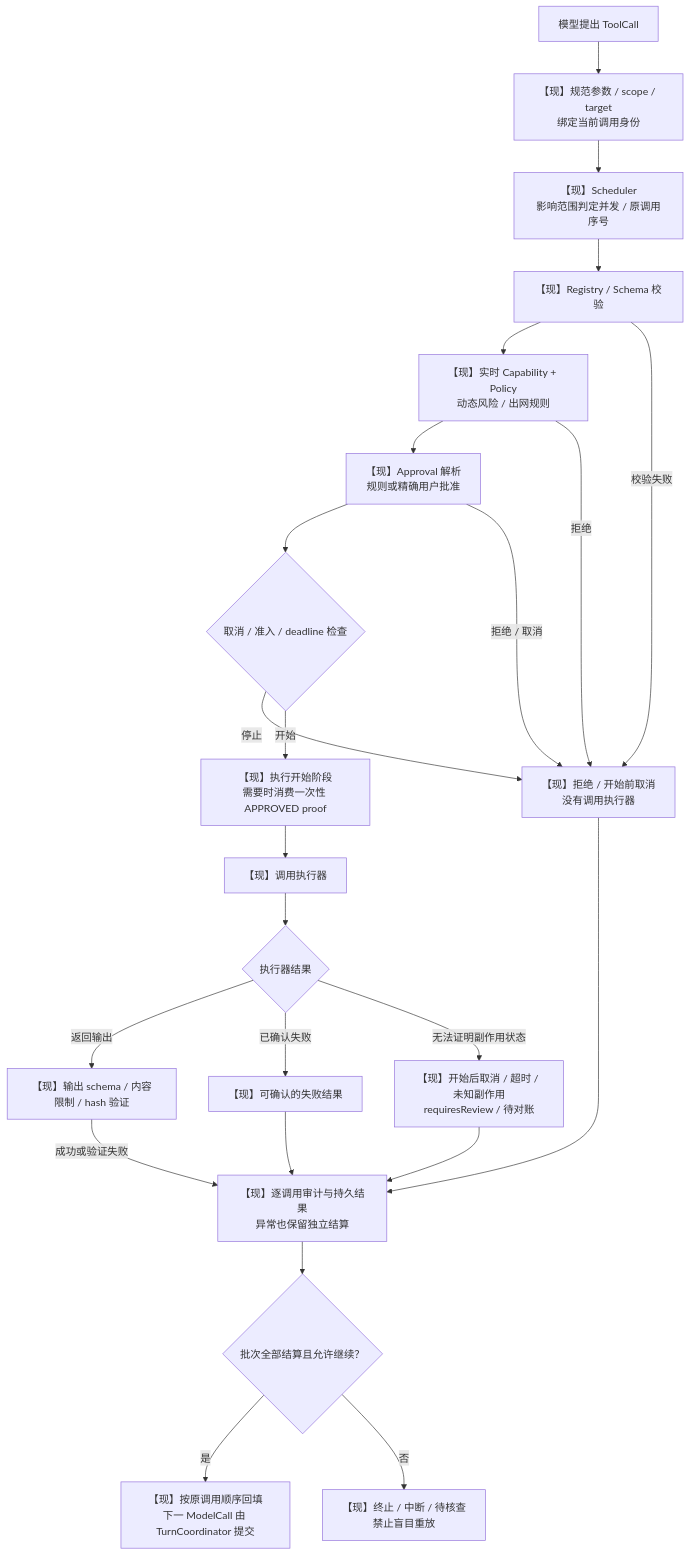
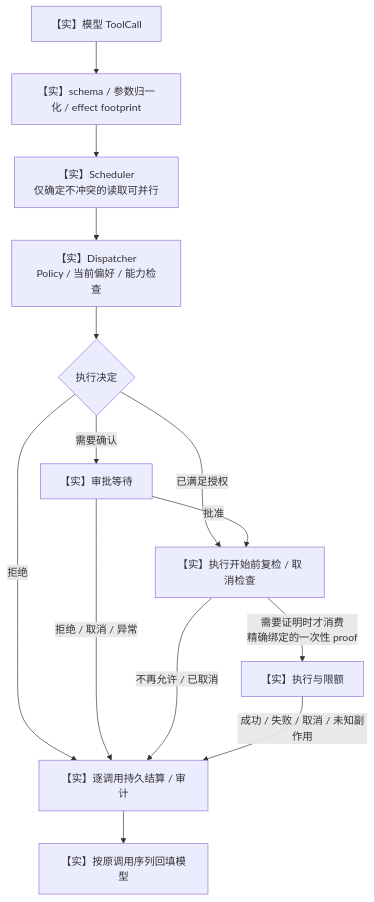
One commit to dollarser/helix-agent changed the third of 11 diagrams in docs/research/helix-mermaid-architecture-diagrams.md. Above: the diagram before and after it, drawn with Mermaid. The commit also changed other lines of this file and 1 other file, not shown here.

Commit message:
docs: align research and architecture diagrams with current decisions

````diff
--- a/docs/research/helix-mermaid-architecture-diagrams.md
+++ b/docs/research/helix-mermaid-architecture-diagrams.md
@@ -122,38 +67,16 @@
 ```mermaid
 flowchart TB
-    CALL["模型提出 ToolCall"]
-    NORMAL["【现】规范参数 / scope / target<br/>绑定当前调用身份"]
-    QUEUE["【现】Scheduler<br/>影响范围判定并发 / 原调用序号"]
-    SCHEMA["【现】Registry / Schema 校验"]
-    POLICY["【现】实时 Capability + Policy<br/>动态风险 / 出网规则"]
-    APPROVAL["【现】Approval 解析<br/>规则或精确用户批准"]
-    START{"取消 / 准入 / deadline 检查"}
-    SPEND["【现】执行开始阶段<br/>需要时消费一次性 APPROVED proof"]
-    EXEC["【现】调用执行器"]
-    OUTCOME{"执行器结果"}
-    VERIFY["【现】输出 schema / 内容限制 / hash 验证"]
-    KNOWN["【现】可确认的失败结果"]
-    UNKNOWN["【现】开始后取消 / 超时 / 未知副作用<br/>requiresReview / 待对账"]
-    NOEXEC["【现】拒绝 / 开始前取消<br/>没有调用执行器"]
-    SETTLE["【现】逐调用审计与持久结果<br/>异常也保留独立结算"]
-    READY{"批次全部结算且允许继续？"}
-    BACKFILL["【现】按原调用顺序回填<br/>下一 ModelCall 由 TurnCoordinator 提交"]
-    PARK["【现】终止 / 中断 / 待核查<br/>禁止盲目重放"]
-
-    CALL --> NORMAL --> QUEUE --> SCHEMA --> POLICY --> APPROVAL --> START
-    SCHEMA -->|"校验失败"| NOEXEC
-    POLICY -->|"拒绝"| NOEXEC
-    APPROVAL -->|"拒绝 / 取消"| NOEXEC
-    START -->|"停止"| NOEXEC
-    START -->|"开始"| SPEND --> EXEC --> OUTCOME
-    OUTCOME -->|"返回输出"| VERIFY
-    OUTCOME -->|"已确认失败"| KNOWN
-    OUTCOME -->|"无法证明副作用状态"| UNKNOWN
-    VERIFY -->|"成功或验证失败"| SETTLE
-    KNOWN --> SETTLE
-    UNKNOWN --> SETTLE
-    NOEXEC --> SETTLE
-    SETTLE --> READY
-    READY -->|"是"| BACKFILL
-    READY -->|"否"| PARK
+    CALL["【实】模型 ToolCall"] --> NORMAL["【实】schema / 参数归一化 / effect footprint"]
+    NORMAL --> QUEUE["【实】Scheduler<br/>仅确定不冲突的读取可并行"]
+    QUEUE --> DISPATCH["【实】Dispatcher<br/>Policy / 当前偏好 / 能力检查"]
+    DISPATCH --> DECISION{"执行决定"}
+    DECISION -->|"拒绝"| SETTLE["【实】逐调用持久结算 / 审计"]
+    DECISION -->|"需要确认"| WAIT["【实】审批等待"]
+    DECISION -->|"已满足授权"| START["【实】执行开始前复检 / 取消检查"]
+    WAIT -->|"批准"| START
+    WAIT -->|"拒绝 / 取消 / 异常"| SETTLE
+    START -->|"需要证明时才消费<br/>精确绑定的一次性 proof"| EXEC["【实】执行与限额"]
+    START -->|"不再允许 / 已取消"| SETTLE
+    EXEC -->|"成功 / 失败 / 取消 / 未知副作用"| SETTLE
+    SETTLE --> ORDER["【实】按原调用序列回填模型"]
 ```
````
